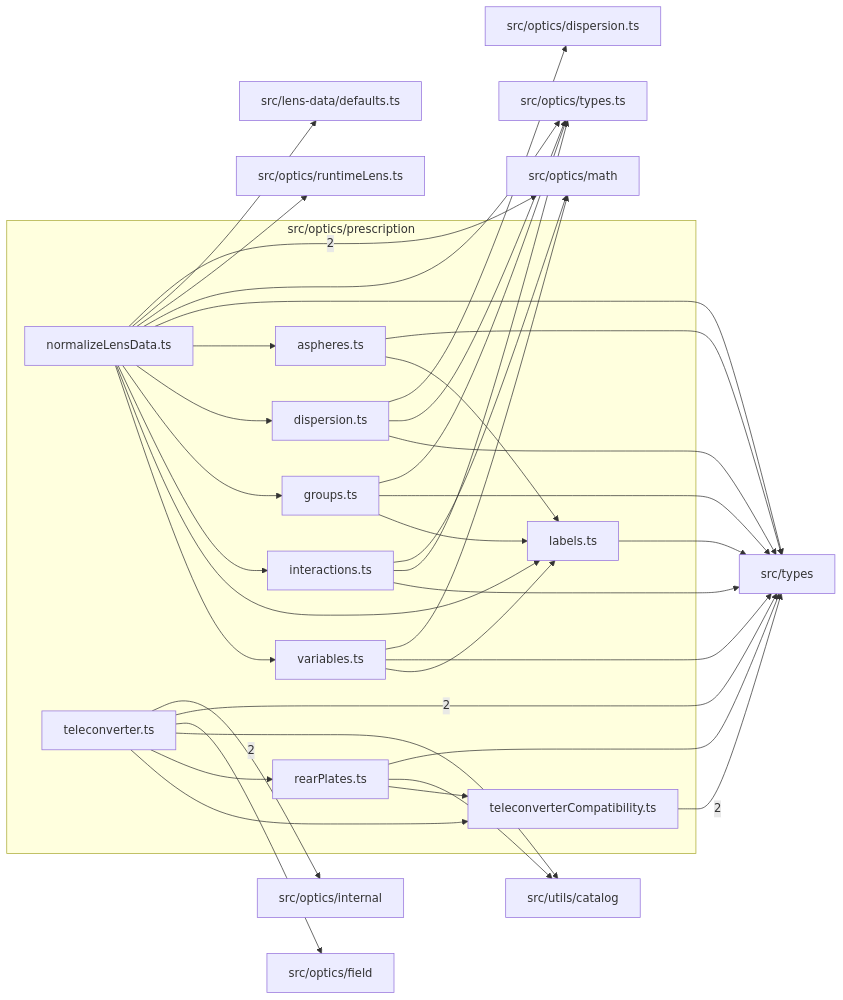
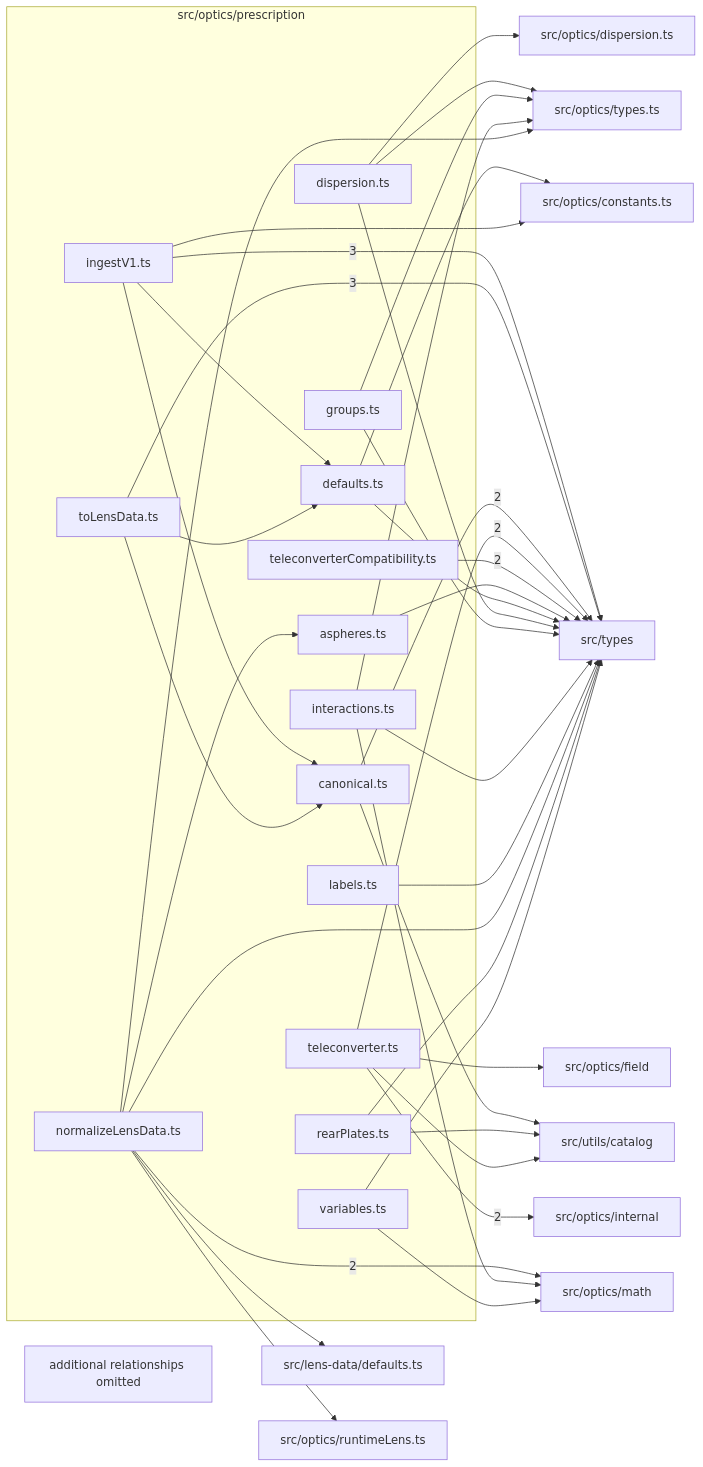
Before and after one commit to ronbuening/LensVisualizer: the diagram in src/optics/prescription/readme.md, drawn with Mermaid. The commit also changed other lines of this file and 22 other files, not shown here.

First line of the commit message:
S2.P1.T1 Canonical types, V1 ingest and V1 view

````diff
--- a/src/optics/prescription/readme.md
+++ b/src/optics/prescription/readme.md
@@ -9,60 +9,66 @@
 ```mermaid
 flowchart LR
   subgraph n_src_optics_prescription["src/optics/prescription"]
     n_src_optics_prescription_src_optics_prescription_aspheres_ts["aspheres.ts"]
+    n_src_optics_prescription_src_optics_prescription_canonical_ts["canonical.ts"]
+    n_src_optics_prescription_src_optics_prescription_defaults_ts["defaults.ts"]
     n_src_optics_prescription_src_optics_prescription_dispersion_ts["dispersion.ts"]
     n_src_optics_prescription_src_optics_prescription_groups_ts["groups.ts"]
+    n_src_optics_prescription_src_optics_prescription_ingestV1_ts["ingestV1.ts"]
     n_src_optics_prescription_src_optics_prescription_interactions_ts["interactions.ts"]
     n_src_optics_prescription_src_optics_prescription_labels_ts["labels.ts"]
     n_src_optics_prescription_src_optics_prescription_normalizeLensData_ts["normalizeLensData.ts"]
     n_src_optics_prescription_src_optics_prescription_rearPlates_ts["rearPlates.ts"]
     n_src_optics_prescription_src_optics_prescription_teleconverter_ts["teleconverter.ts"]
     n_src_optics_prescription_src_optics_prescription_teleconverterCompatibility_ts["teleconverterCompatibility.ts"]
+    n_src_optics_prescription_src_optics_prescription_toLensData_ts["toLensData.ts"]
     n_src_optics_prescription_src_optics_prescription_variables_ts["variables.ts"]
   end
+  n_external_src_types["src/types"]
   n_external_src_optics_internal["src/optics/internal"]
   n_external_src_optics_math["src/optics/math"]
-  n_external_src_types["src/types"]
   n_external_src_lens_data_defaults_ts["src/lens-data/defaults.ts"]
+  n_external_src_optics_constants_ts["src/optics/constants.ts"]
   n_external_src_optics_dispersion_ts["src/optics/dispersion.ts"]
   n_external_src_optics_field["src/optics/field"]
   n_external_src_optics_runtimeLens_ts["src/optics/runtimeLens.ts"]
   n_external_src_optics_types_ts["src/optics/types.ts"]
   n_external_src_utils_catalog["src/utils/catalog"]
+  n_src_optics_prescription_src_optics_prescription_ingestV1_ts --> |3| n_external_src_types
+  n_src_optics_prescription_src_optics_prescription_toLensData_ts --> |3| n_external_src_types
   n_src_optics_prescription_src_optics_prescription_teleconverter_ts --> |2| n_external_src_optics_internal
   n_src_optics_prescription_src_optics_prescription_normalizeLensData_ts --> |2| n_external_src_optics_math
+  n_src_optics_prescription_src_optics_prescription_canonical_ts --> |2| n_external_src_types
   n_src_optics_prescription_src_optics_prescription_teleconverter_ts --> |2| n_external_src_types
   n_src_optics_prescription_src_optics_prescription_teleconverterCompatibility_ts --> |2| n_external_src_types
   n_src_optics_prescription_src_optics_prescription_normalizeLensData_ts --> n_external_src_lens_data_defaults_ts
+  n_src_optics_prescription_src_optics_prescription_defaults_ts --> n_external_src_optics_constants_ts
+  n_src_optics_prescription_src_optics_prescription_ingestV1_ts --> n_external_src_optics_constants_ts
   n_src_optics_prescription_src_optics_prescription_dispersion_ts --> n_external_src_optics_dispersion_ts
   n_src_optics_prescription_src_optics_prescription_teleconverter_ts --> n_external_src_optics_field
   n_src_optics_prescription_src_optics_prescription_interactions_ts --> n_external_src_optics_math
   n_src_optics_prescription_src_optics_prescription_variables_ts --> n_external_src_optics_math
   n_src_optics_prescription_src_optics_prescription_normalizeLensData_ts --> n_external_src_optics_runtimeLens_ts
   n_src_optics_prescription_src_optics_prescription_dispersion_ts --> n_external_src_optics_types_ts
   n_src_optics_prescription_src_optics_prescription_groups_ts --> n_external_src_optics_types_ts
   n_src_optics_prescription_src_optics_prescription_interactions_ts --> n_external_src_optics_types_ts
   n_src_optics_prescription_src_optics_prescription_normalizeLensData_ts --> n_external_src_optics_types_ts
   n_src_optics_prescription_src_optics_prescription_aspheres_ts --> n_external_src_types
+  n_src_optics_prescription_src_optics_prescription_defaults_ts --> n_external_src_types
   n_src_optics_prescription_src_optics_prescription_dispersion_ts --> n_external_src_types
   n_src_optics_prescription_src_optics_prescription_groups_ts --> n_external_src_types
   n_src_optics_prescription_src_optics_prescription_interactions_ts --> n_external_src_types
   n_src_optics_prescription_src_optics_prescription_labels_ts --> n_external_src_types
   n_src_optics_prescription_src_optics_prescription_normalizeLensData_ts --> n_external_src_types
   n_src_optics_prescription_src_optics_prescription_rearPlates_ts --> n_external_src_types
   n_src_optics_prescription_src_optics_prescription_variables_ts --> n_external_src_types
+  n_src_optics_prescription_src_optics_prescription_canonical_ts --> n_external_src_utils_catalog
   n_src_optics_prescription_src_optics_prescription_rearPlates_ts --> n_external_src_utils_catalog
   n_src_optics_prescription_src_optics_prescription_teleconverter_ts --> n_external_src_utils_catalog
   n_src_optics_prescription_src_optics_prescription_normalizeLensData_ts --> n_src_optics_prescription_src_optics_prescription_aspheres_ts
-  n_src_optics_prescription_src_optics_prescription_normalizeLensData_ts --> n_src_optics_prescription_src_optics_prescription_dispersion_ts
-  n_src_optics_prescription_src_optics_prescription_normalizeLensData_ts --> n_src_optics_prescription_src_optics_prescription_groups_ts
-  n_src_optics_prescription_src_optics_prescription_normalizeLensData_ts --> n_src_optics_prescription_src_optics_prescription_interactions_ts
-  n_src_optics_prescription_src_optics_prescription_aspheres_ts --> n_src_optics_prescription_src_optics_prescription_labels_ts
-  n_src_optics_prescription_src_optics_prescription_groups_ts --> n_src_optics_prescription_src_optics_prescription_labels_ts
-  n_src_optics_prescription_src_optics_prescription_normalizeLensData_ts --> n_src_optics_prescription_src_optics_prescription_labels_ts
-  n_src_optics_prescription_src_optics_prescription_variables_ts --> n_src_optics_prescription_src_optics_prescription_labels_ts
-  n_src_optics_prescription_src_optics_prescription_teleconverter_ts --> n_src_optics_prescription_src_optics_prescription_rearPlates_ts
-  n_src_optics_prescription_src_optics_prescription_rearPlates_ts --> n_src_optics_prescription_src_optics_prescription_teleconverterCompatibility_ts
-  n_src_optics_prescription_src_optics_prescription_teleconverter_ts --> n_src_optics_prescription_src_optics_prescription_teleconverterCompatibility_ts
-  n_src_optics_prescription_src_optics_prescription_normalizeLensData_ts --> n_src_optics_prescription_src_optics_prescription_variables_ts
+  n_src_optics_prescription_src_optics_prescription_ingestV1_ts --> n_src_optics_prescription_src_optics_prescription_canonical_ts
+  n_src_optics_prescription_src_optics_prescription_toLensData_ts --> n_src_optics_prescription_src_optics_prescription_canonical_ts
+  n_src_optics_prescription_src_optics_prescription_ingestV1_ts --> n_src_optics_prescription_src_optics_prescription_defaults_ts
+  n_src_optics_prescription_src_optics_prescription_toLensData_ts --> n_src_optics_prescription_src_optics_prescription_defaults_ts
+  n_src_optics_prescription_truncated["additional relationships omitted"]
 ```
````
